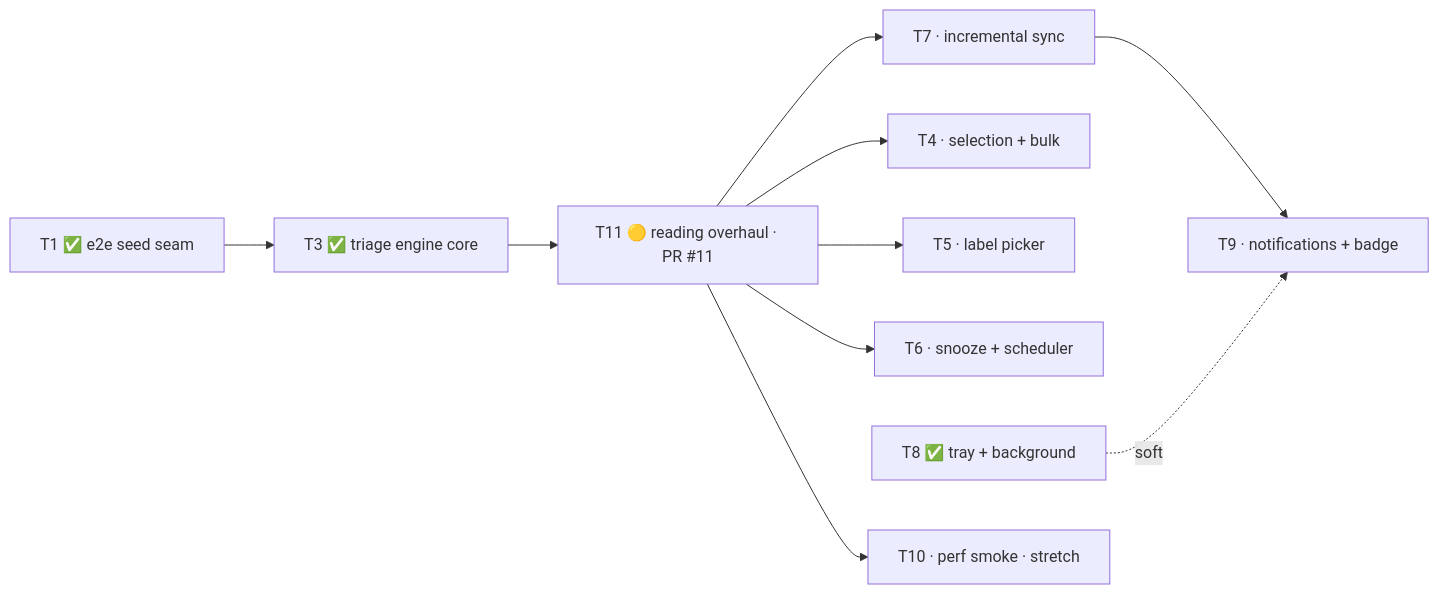
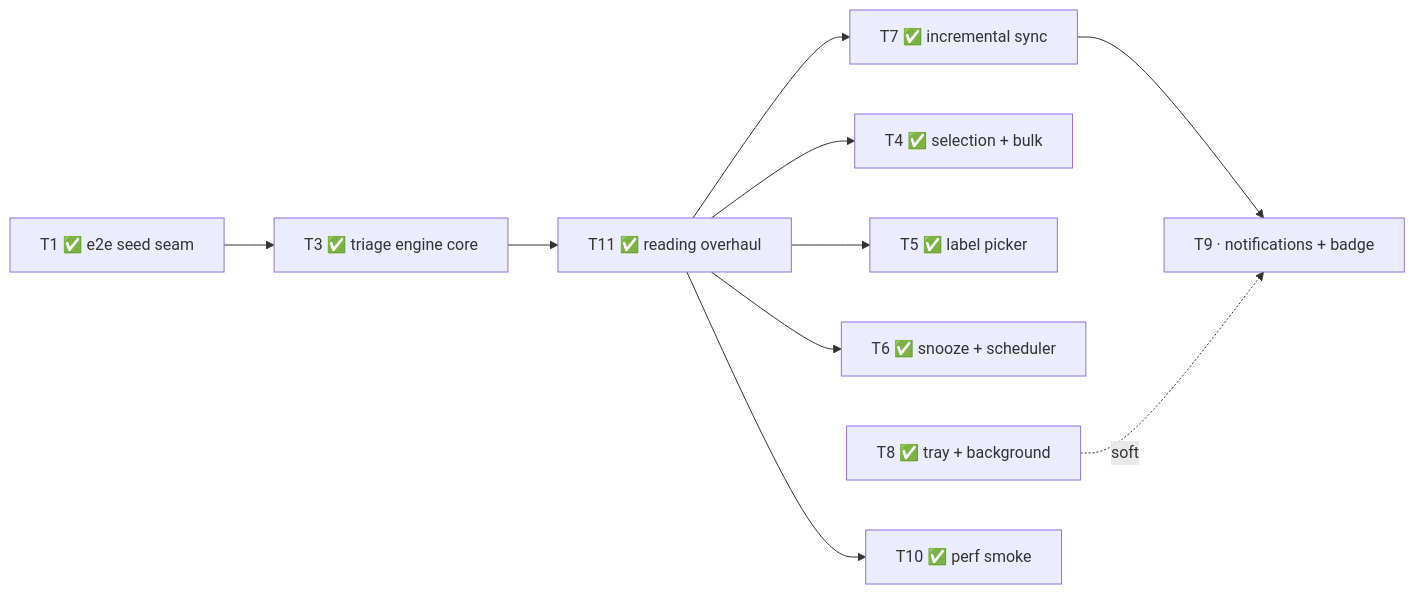
Before and after one commit to stephenw310/attn: the diagram in docs/M1-PLAN.md, drawn with Mermaid. The commit also changed other lines of this file, not shown here.

````diff
--- a/docs/M1-PLAN.md
+++ b/docs/M1-PLAN.md
@@ -33,23 +33,23 @@
 ```mermaid
 graph LR
   T1[T1 ✅ e2e seed seam]
   T3[T3 ✅ triage engine core]
   T8[T8 ✅ tray + background]
-  T11[T11 🟡 reading overhaul · PR #11]
-  T4[T4 · selection + bulk]
-  T5[T5 · label picker]
-  T6[T6 · snooze + scheduler]
-  T7[T7 · incremental sync]
+  T11[T11 ✅ reading overhaul]
+  T4[T4 ✅ selection + bulk]
+  T5[T5 ✅ label picker]
+  T6[T6 ✅ snooze + scheduler]
+  T7[T7 ✅ incremental sync]
   T9[T9 · notifications + badge]
-  T10[T10 · perf smoke · stretch]
+  T10[T10 ✅ perf smoke]
 
   T1 --> T3
   T3 --> T11
   T11 --> T4
   T11 --> T5
   T11 --> T6
   T11 --> T7
   T11 --> T10
   T7 --> T9
   T8 -.soft.-> T9
 ```
````
